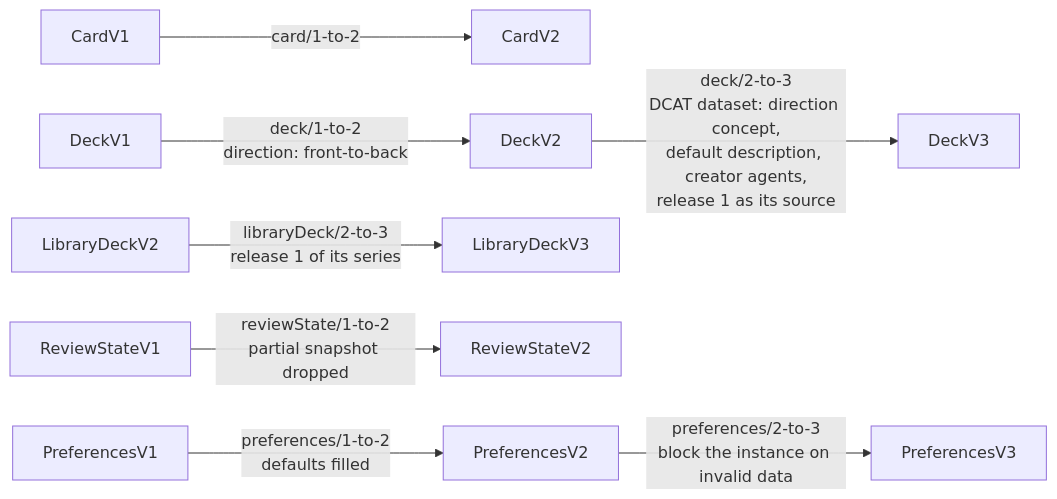
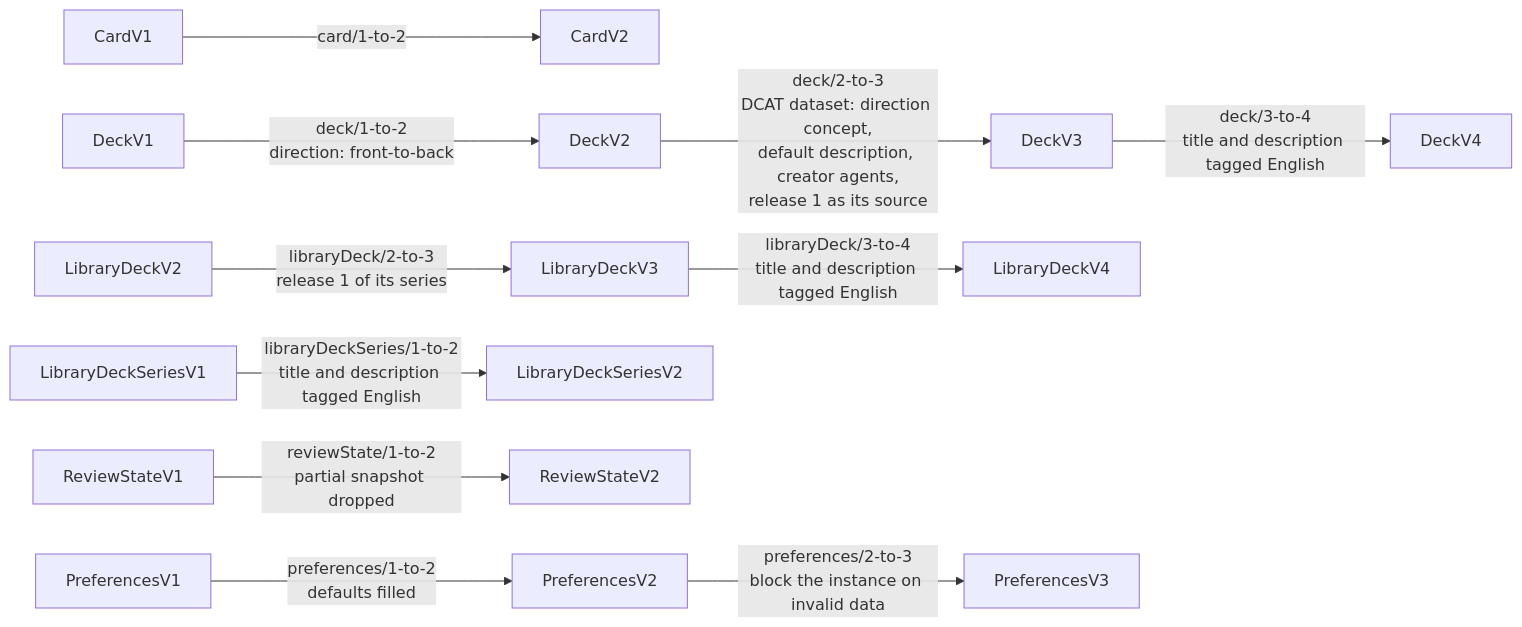
One commit to antwika/solid-memo changed the first of 2 diagrams in docs/migrations.md. Above: the diagram before and after it, drawn with Mermaid. The commit also changed other lines of this file and 50 other files, not shown here.

````diff
--- a/docs/migrations.md
+++ b/docs/migrations.md
@@ -40,10 +48,13 @@
 ```mermaid
 flowchart LR
     v1["CardV1"] -->|card/1-to-2| v2["CardV2"]
     d1["DeckV1"] -->|deck/1-to-2<br/>direction: front-to-back| d2["DeckV2"]
     d2 -->|deck/2-to-3<br/>DCAT dataset: direction concept,<br/>default description, creator agents,<br/>release 1 as its source| d3["DeckV3"]
+    d3 -->|deck/3-to-4<br/>title and description tagged English| d4["DeckV4"]
     l2["LibraryDeckV2"] -->|libraryDeck/2-to-3<br/>release 1 of its series| l3["LibraryDeckV3"]
+    l3 -->|libraryDeck/3-to-4<br/>title and description tagged English| l4["LibraryDeckV4"]
+    s1["LibraryDeckSeriesV1"] -->|libraryDeckSeries/1-to-2<br/>title and description tagged English| s2["LibraryDeckSeriesV2"]
     r1["ReviewStateV1"] -->|reviewState/1-to-2<br/>partial snapshot dropped| r2["ReviewStateV2"]
     p1["PreferencesV1"] -->|preferences/1-to-2<br/>defaults filled| p2["PreferencesV2"]
     p2 -->|preferences/2-to-3<br/>block the instance on invalid data| p3["PreferencesV3"]
 ```
````
